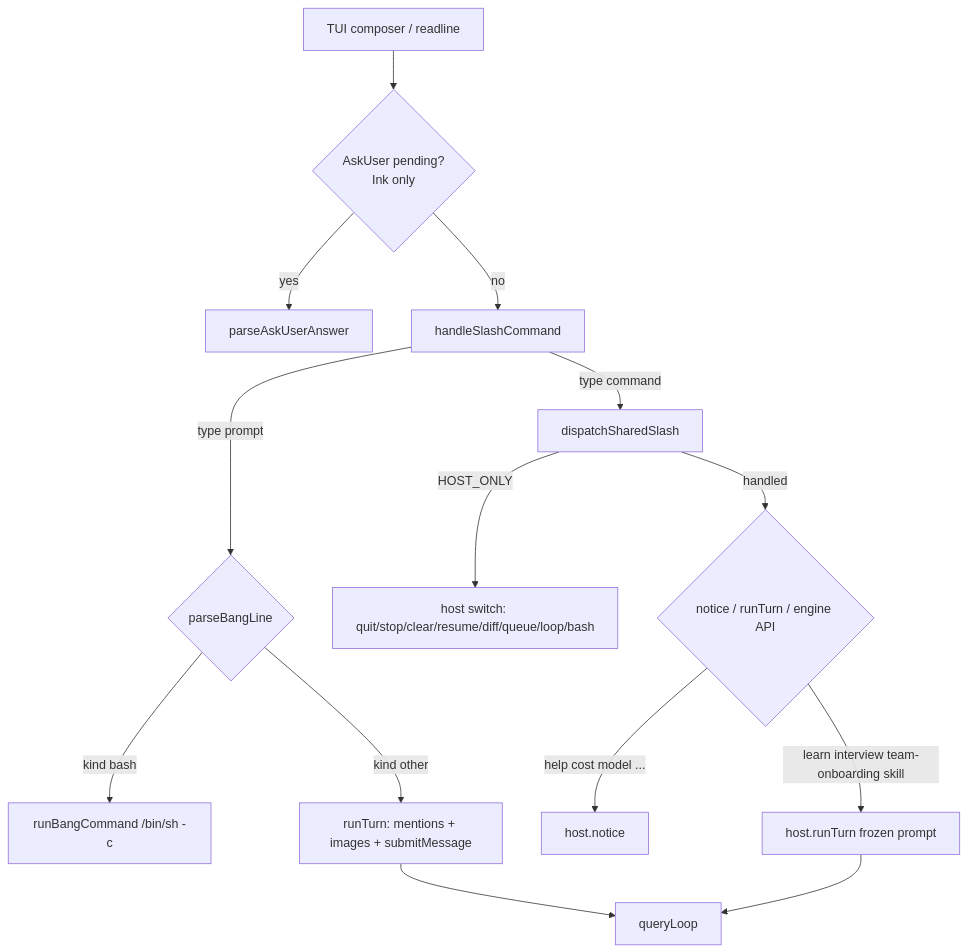
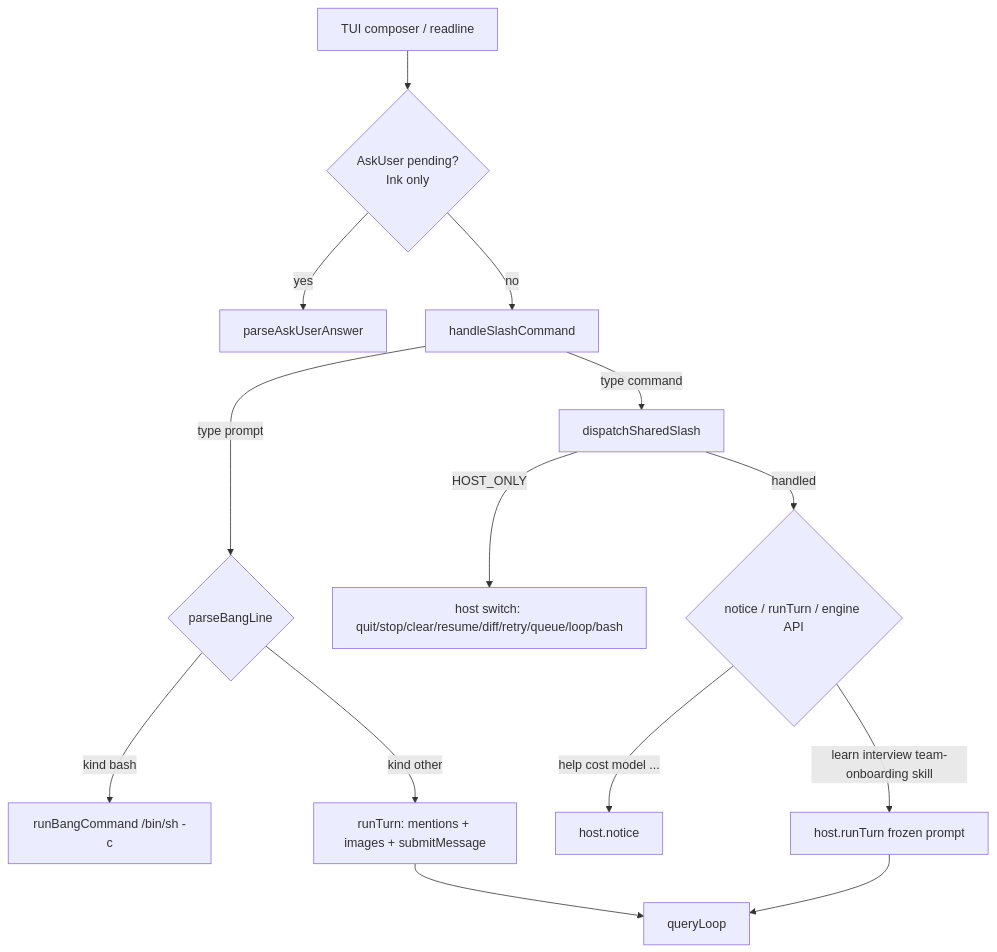
One commit to YeonwooSung/RavenClaw changed the diagram in SLASH_COMMANDS.ko.md. Above: the diagram before and after it, drawn with Mermaid. The commit also changed other lines of this file and 8 other files, not shown here.

````diff
--- a/SLASH_COMMANDS.ko.md
+++ b/SLASH_COMMANDS.ko.md
@@ -45,16 +45,16 @@
 ```mermaid
 flowchart TD
   A["TUI composer / readline"] --> B{"AskUser pending?<br/>Ink only"}
   B -->|yes| C["parseAskUserAnswer"]
   B -->|no| D["handleSlashCommand"]
   D -->|type prompt| E{"parseBangLine"}
   E -->|kind bash| F["runBangCommand /bin/sh -c"]
   E -->|kind other| G["runTurn: mentions + images + submitMessage"]
   D -->|type command| H["dispatchSharedSlash"]
-  H -->|HOST_ONLY| I["host switch: quit/stop/clear/resume/diff/queue/loop/bash"]
+  H -->|HOST_ONLY| I["host switch: quit/stop/clear/resume/diff/retry/queue/loop/bash"]
   H -->|handled| J{"notice / runTurn / engine API"}
   J -->|help cost model ...| K["host.notice"]
   J -->|learn interview team-onboarding skill| L["host.runTurn frozen prompt"]
   G --> M["queryLoop"]
   L --> M
 ```
````
